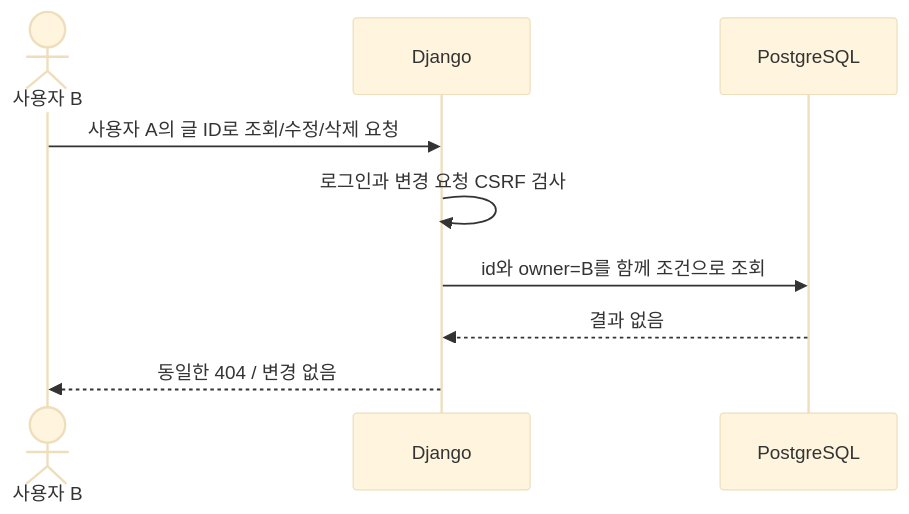
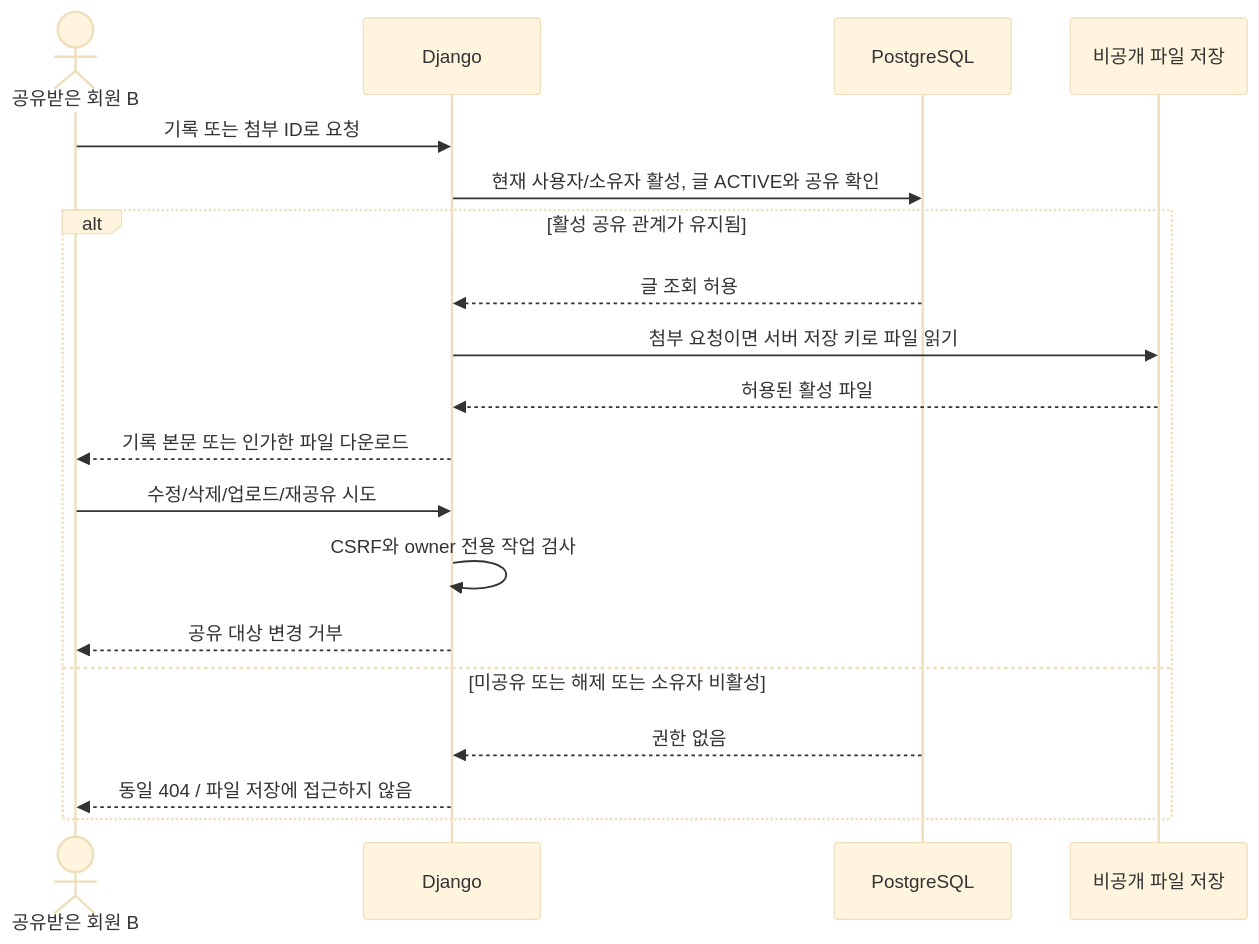
One commit to MinsooAhn02/Haven changed the seventh of 7 diagrams in 기본프로젝트_계획.md. Above: the diagram before and after it, drawn with Mermaid (base theme). The commit also changed other lines of this file and 7 other files, not shown here.

````diff
--- a/기본프로젝트_계획.md
+++ b/기본프로젝트_계획.md
@@ -274,11 +300,21 @@
 ```mermaid
 sequenceDiagram
-    actor B as 사용자 B
+    actor B as 공유받은 회원 B
     participant D as Django
     participant P as PostgreSQL
-    B->>D: 사용자 A의 글 ID로 조회/수정/삭제 요청
-    D->>D: 로그인과 변경 요청 CSRF 검사
-    D->>P: id와 owner=B를 함께 조건으로 조회
-    P-->>D: 결과 없음
-    D-->>B: 동일한 404 / 변경 없음
+    participant F as 비공개 파일 저장
+    B->>D: 기록 또는 첨부 ID로 요청
+    D->>P: 현재 사용자/소유자 활성, 글 ACTIVE와 공유 확인
+    alt 활성 공유 관계가 유지됨
+        P-->>D: 글 조회 허용
+        D->>F: 첨부 요청이면 서버 저장 키로 파일 읽기
+        F-->>D: 허용된 활성 파일
+        D-->>B: 기록 본문 또는 인가한 파일 다운로드
+        B->>D: 수정/삭제/업로드/재공유 시도
+        D->>D: CSRF와 owner 전용 작업 검사
+        D-->>B: 공유 대상 변경 거부
+    else 미공유 또는 해제 또는 소유자 비활성
+        P-->>D: 권한 없음
+        D-->>B: 동일 404 / 파일 저장에 접근하지 않음
+    end
 ```
````
